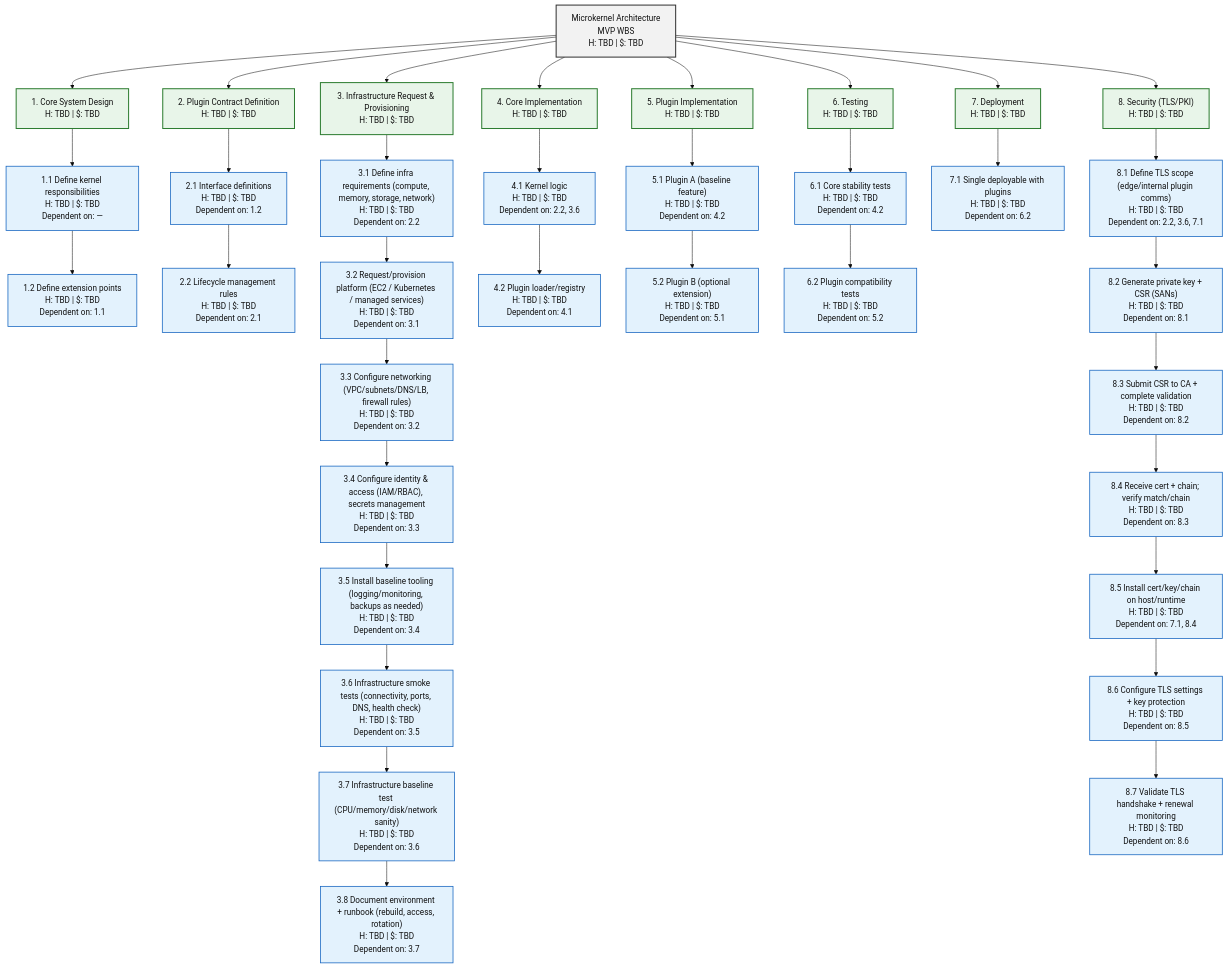
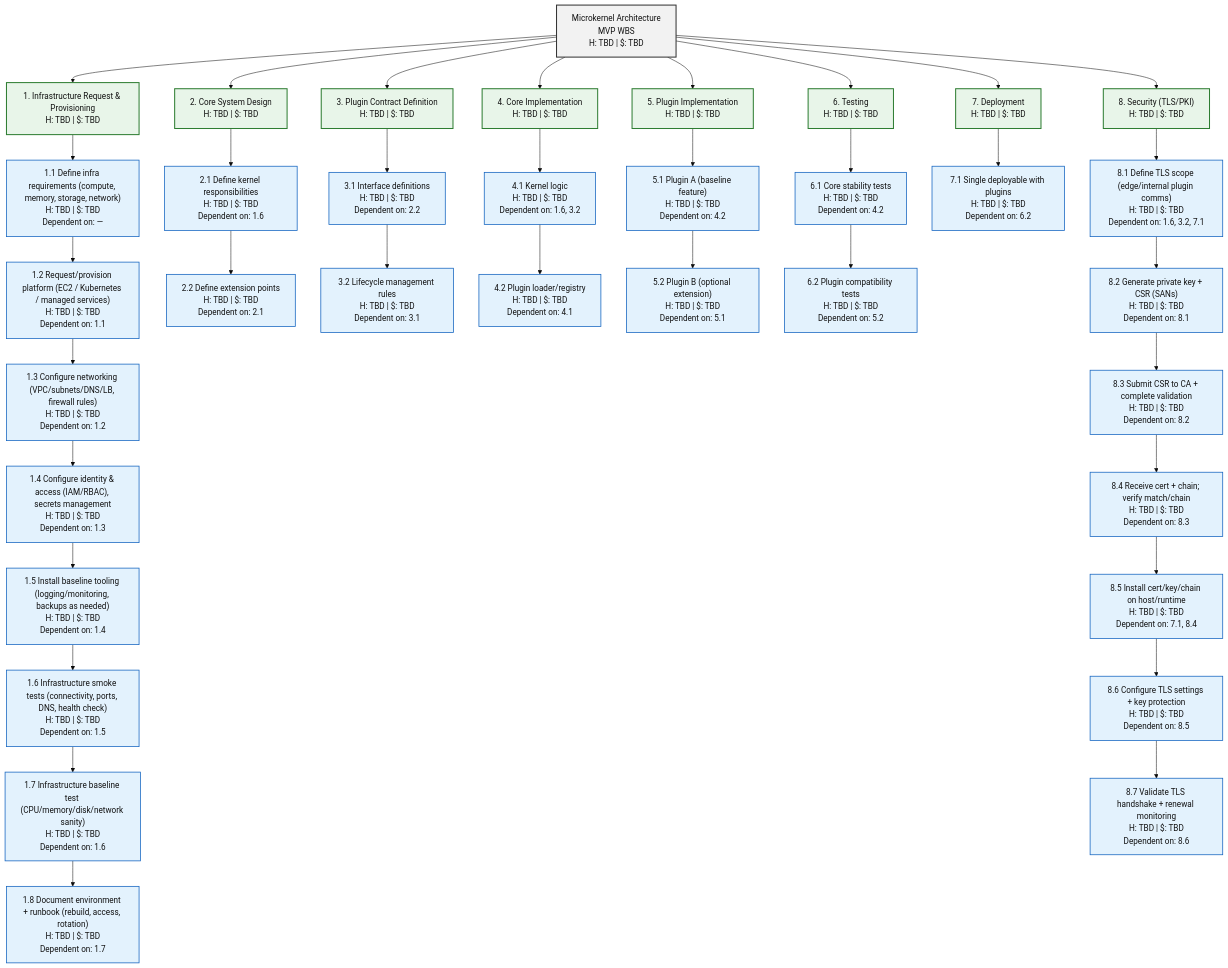
Before and after one commit to lopez-larry/arch-design-documentation: the third of 8 diagrams in 30-architecture-styles/5-architecture-style-wbs-overview.md, drawn with Mermaid (base theme). The commit also changed other lines of this file, not shown here.

````diff
--- a/30-architecture-styles/5-architecture-style-wbs-overview.md
+++ b/30-architecture-styles/5-architecture-style-wbs-overview.md
@@ -122,51 +121,51 @@
 ```mermaid
 flowchart TB
   A["Microkernel Architecture<br/>MVP WBS<br/>H: TBD | $: TBD"]:::summary
 
-  A --> B["1. Core System Design<br/>H: TBD | $: TBD"]:::phase
-  A --> C["2. Plugin Contract Definition<br/>H: TBD | $: TBD"]:::phase
-  A --> I["3. Infrastructure Request & Provisioning<br/>H: TBD | $: TBD"]:::phase
+  A --> I["1. Infrastructure Request & Provisioning<br/>H: TBD | $: TBD"]:::phase
+  A --> B["2. Core System Design<br/>H: TBD | $: TBD"]:::phase
+  A --> C["3. Plugin Contract Definition<br/>H: TBD | $: TBD"]:::phase
   A --> D["4. Core Implementation<br/>H: TBD | $: TBD"]:::phase
   A --> E["5. Plugin Implementation<br/>H: TBD | $: TBD"]:::phase
   A --> F["6. Testing<br/>H: TBD | $: TBD"]:::phase
   A --> G["7. Deployment<br/>H: TBD | $: TBD"]:::phase
   A --> H["8. Security (TLS/PKI)<br/>H: TBD | $: TBD"]:::phase
 
-  B --> B1["1.1 Define kernel responsibilities<br/>H: TBD | $: TBD<br/>Dependent on: —"]:::task
-  B1 --> B2["1.2 Define extension points<br/>H: TBD | $: TBD<br/>Dependent on: 1.1"]:::task
+  I --> I1["1.1 Define infra requirements (compute, memory, storage, network)<br/>H: TBD | $: TBD<br/>Dependent on: —"]:::task
+  I1 --> I2["1.2 Request/provision platform (EC2 / Kubernetes / managed services)<br/>H: TBD | $: TBD<br/>Dependent on: 1.1"]:::task
+  I2 --> I3["1.3 Configure networking (VPC/subnets/DNS/LB, firewall rules)<br/>H: TBD | $: TBD<br/>Dependent on: 1.2"]:::task
+  I3 --> I4["1.4 Configure identity & access (IAM/RBAC), secrets management<br/>H: TBD | $: TBD<br/>Dependent on: 1.3"]:::task
+  I4 --> I5["1.5 Install baseline tooling (logging/monitoring, backups as needed)<br/>H: TBD | $: TBD<br/>Dependent on: 1.4"]:::task
+  I5 --> I6["1.6 Infrastructure smoke tests (connectivity, ports, DNS, health check)<br/>H: TBD | $: TBD<br/>Dependent on: 1.5"]:::task
+  I6 --> I7["1.7 Infrastructure baseline test (CPU/memory/disk/network sanity)<br/>H: TBD | $: TBD<br/>Dependent on: 1.6"]:::task
+  I7 --> I8["1.8 Document environment + runbook (rebuild, access, rotation)<br/>H: TBD | $: TBD<br/>Dependent on: 1.7"]:::task
 
-  C --> C1["2.1 Interface definitions<br/>H: TBD | $: TBD<br/>Dependent on: 1.2"]:::task
-  C1 --> C2["2.2 Lifecycle management rules<br/>H: TBD | $: TBD<br/>Dependent on: 2.1"]:::task
+  B --> B1["2.1 Define kernel responsibilities<br/>H: TBD | $: TBD<br/>Dependent on: 1.6"]:::task
+  B1 --> B2["2.2 Define extension points<br/>H: TBD | $: TBD<br/>Dependent on: 2.1"]:::task
 
-  I --> I1["3.1 Define infra requirements (compute, memory, storage, network)<br/>H: TBD | $: TBD<br/>Dependent on: 2.2"]:::task
-  I1 --> I2["3.2 Request/provision platform (EC2 / Kubernetes / managed services)<br/>H: TBD | $: TBD<br/>Dependent on: 3.1"]:::task
-  I2 --> I3["3.3 Configure networking (VPC/subnets/DNS/LB, firewall rules)<br/>H: TBD | $: TBD<br/>Dependent on: 3.2"]:::task
-  I3 --> I4["3.4 Configure identity & access (IAM/RBAC), secrets management<br/>H: TBD | $: TBD<br/>Dependent on: 3.3"]:::task
-  I4 --> I5["3.5 Install baseline tooling (logging/monitoring, backups as needed)<br/>H: TBD | $: TBD<br/>Dependent on: 3.4"]:::task
-  I5 --> I6["3.6 Infrastructure smoke tests (connectivity, ports, DNS, health check)<br/>H: TBD | $: TBD<br/>Dependent on: 3.5"]:::task
-  I6 --> I7["3.7 Infrastructure baseline test (CPU/memory/disk/network sanity)<br/>H: TBD | $: TBD<br/>Dependent on: 3.6"]:::task
-  I7 --> I8["3.8 Document environment + runbook (rebuild, access, rotation)<br/>H: TBD | $: TBD<br/>Dependent on: 3.7"]:::task
+  C --> C1["3.1 Interface definitions<br/>H: TBD | $: TBD<br/>Dependent on: 2.2"]:::task
+  C1 --> C2["3.2 Lifecycle management rules<br/>H: TBD | $: TBD<br/>Dependent on: 3.1"]:::task
 
-  D --> D1["4.1 Kernel logic<br/>H: TBD | $: TBD<br/>Dependent on: 2.2, 3.6"]:::task
+  D --> D1["4.1 Kernel logic<br/>H: TBD | $: TBD<br/>Dependent on: 1.6, 3.2"]:::task
   D1 --> D2["4.2 Plugin loader/registry<br/>H: TBD | $: TBD<br/>Dependent on: 4.1"]:::task
 
   E --> E1["5.1 Plugin A (baseline feature)<br/>H: TBD | $: TBD<br/>Dependent on: 4.2"]:::task
   E1 --> E2["5.2 Plugin B (optional extension)<br/>H: TBD | $: TBD<br/>Dependent on: 5.1"]:::task
 
   F --> F1["6.1 Core stability tests<br/>H: TBD | $: TBD<br/>Dependent on: 4.2"]:::task
   F1 --> F2["6.2 Plugin compatibility tests<br/>H: TBD | $: TBD<br/>Dependent on: 5.2"]:::task
 
   G --> G1["7.1 Single deployable with plugins<br/>H: TBD | $: TBD<br/>Dependent on: 6.2"]:::task
 
-  H --> H1["8.1 Define TLS scope (edge/internal plugin comms)<br/>H: TBD | $: TBD<br/>Dependent on: 2.2, 3.6, 7.1"]:::task
+  H --> H1["8.1 Define TLS scope (edge/internal plugin comms)<br/>H: TBD | $: TBD<br/>Dependent on: 1.6, 3.2, 7.1"]:::task
   H1 --> H2["8.2 Generate private key + CSR (SANs)<br/>H: TBD | $: TBD<br/>Dependent on: 8.1"]:::task
   H2 --> H3["8.3 Submit CSR to CA + complete validation<br/>H: TBD | $: TBD<br/>Dependent on: 8.2"]:::task
   H3 --> H4["8.4 Receive cert + chain; verify match/chain<br/>H: TBD | $: TBD<br/>Dependent on: 8.3"]:::task
   H4 --> H5["8.5 Install cert/key/chain on host/runtime<br/>H: TBD | $: TBD<br/>Dependent on: 7.1, 8.4"]:::task
   H5 --> H6["8.6 Configure TLS settings + key protection<br/>H: TBD | $: TBD<br/>Dependent on: 8.5"]:::task
   H6 --> H7["8.7 Validate TLS handshake + renewal monitoring<br/>H: TBD | $: TBD<br/>Dependent on: 8.6"]:::task
 
   classDef summary fill:#f2f2f2,stroke:#333,stroke-width:2px,color:#111;
   classDef phase fill:#e8f5e9,stroke:#2e7d32,stroke-width:2px,color:#111;
   classDef task fill:#e3f2fd,stroke:#1565c0,stroke-width:1.5px,color:#111;
 ```
````
